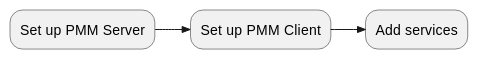
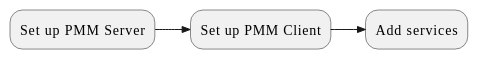
One commit to percona/pmm changed the diagram in docs/setting-up/index.md. Above: the diagram before and after it, drawn with PlantUML.

Commit message:
Image styling

````diff
--- a/docs/setting-up/index.md
+++ b/docs/setting-up/index.md
@@ -5,12 +5,14 @@
 ```plantuml
 @startuml
 skinparam rectangle {
     roundCorner 25
 }
+skinparam defaultFontName Chivo
+
 rectangle "Set up PMM Server" as SERVER
 rectangle "Set up PMM Client" as CLIENT
 rectangle "Add services" as SERVICES
 SERVER -right->> CLIENT
 CLIENT -right->> SERVICES
 @enduml
 ```
````
